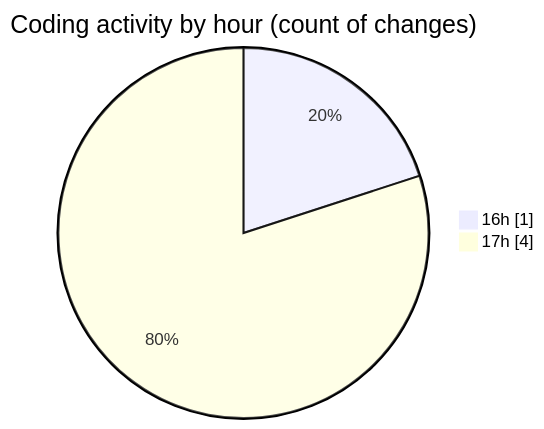
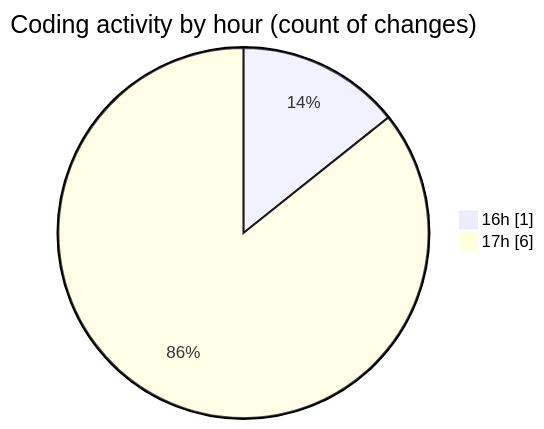
One commit to debugP/code-tracking changed the second of 2 diagrams in 2025-08-20/enfold-child/README.md. Above: the diagram before and after it, drawn with Mermaid. The commit also changed other lines of this file and 1 other file, not shown here.

````diff
--- a/2025-08-20/enfold-child/README.md
+++ b/2025-08-20/enfold-child/README.md
@@ -28,6 +28,6 @@
 ```mermaid
 pie showData
 title Coding activity by hour (count of changes)
 "16h" : 1
-"17h" : 4
+"17h" : 6
 ```
````
